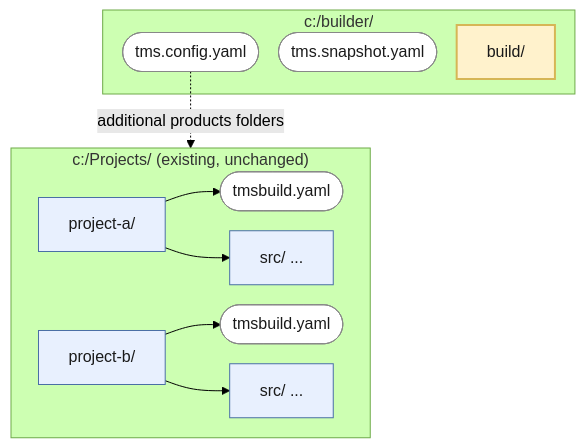
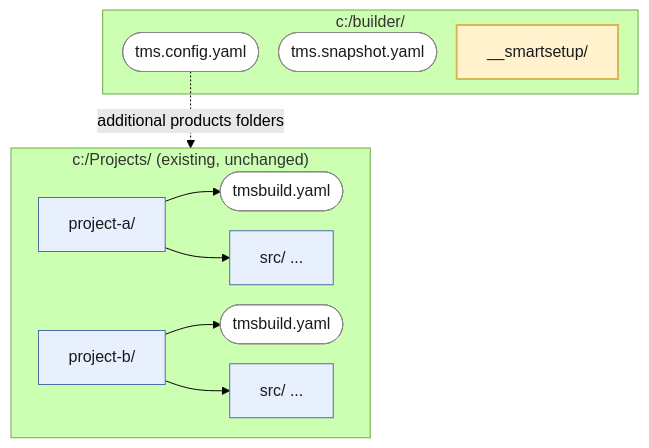
The second of 3 diagrams in doc/source/guide/continuous-integration.md (tmssoftware/smartsetup), drawn with Mermaid (forest theme) before and after one commit. The commit also changed other lines of this file and 1 other file, not shown here.

Commit message:
grammar-checed the continuous integration doc. Changed the suggested folder to be "__smartsetup" instead of "build"

````diff
--- a/doc/source/guide/continuous-integration.md
+++ b/doc/source/guide/continuous-integration.md
@@ -100,25 +106,25 @@
 ```mermaid
 %%{init: {"flowchart": {"nodeSpacing": 20, "rankSpacing": 30}}}%%
 graph TD
     subgraph builder["c:/builder/"]
         Config(["tms.config.yaml"])
         Snapshot(["tms.snapshot.yaml"])
-        Build["build/"]
+        Build["__smartsetup/"]
     end
     subgraph projects["c:/Projects/ (existing, unchanged)"]
         ProjectA["project-a/"]
         ProjectB["project-b/"]
         ProjectA --> BuildA(["tmsbuild.yaml"])
         ProjectA --> SrcA["src/ ..."]
         ProjectB --> BuildB(["tmsbuild.yaml"])
         ProjectB --> SrcB["src/ ..."]
     end
     Config -. "additional products folders" .-> projects
 
     classDef folder fill:#e8f0fe,stroke:#4a6fa5,color:#1a1a1a
     classDef file fill:#ffffff,stroke:#888,color:#1a1a1a
     classDef buildFolder fill:#fff2cc,stroke:#d6b656,color:#1a1a1a,stroke-width:2px
     class ProjectA,ProjectB,SrcA,SrcB folder
     class Config,Snapshot,BuildA,BuildB file
     class Build buildFolder
 ```
````
